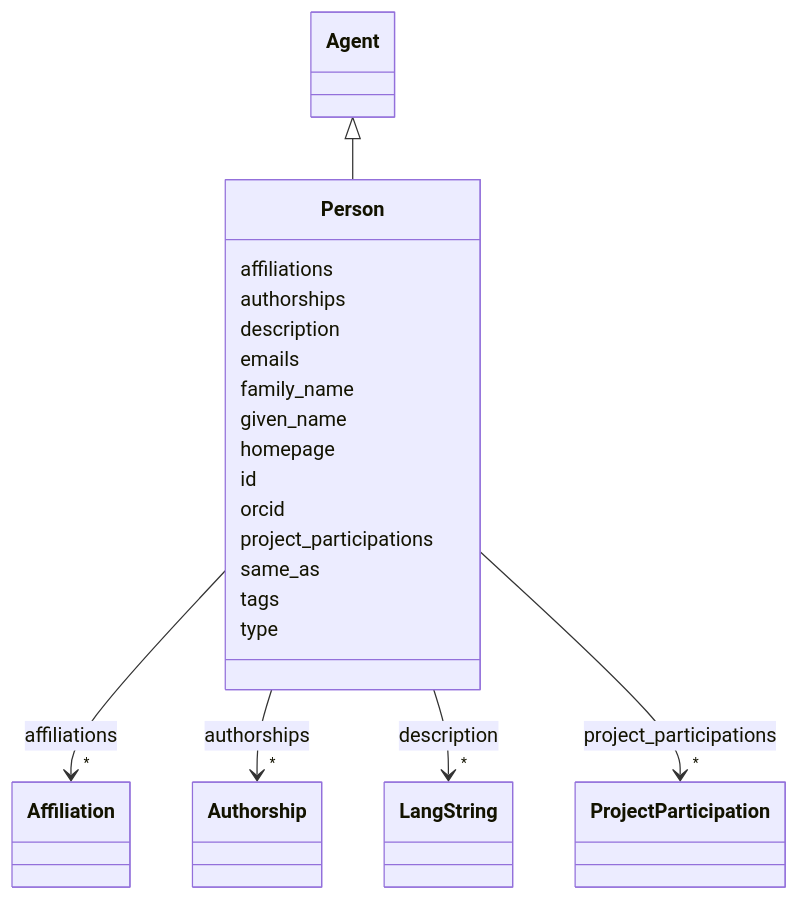
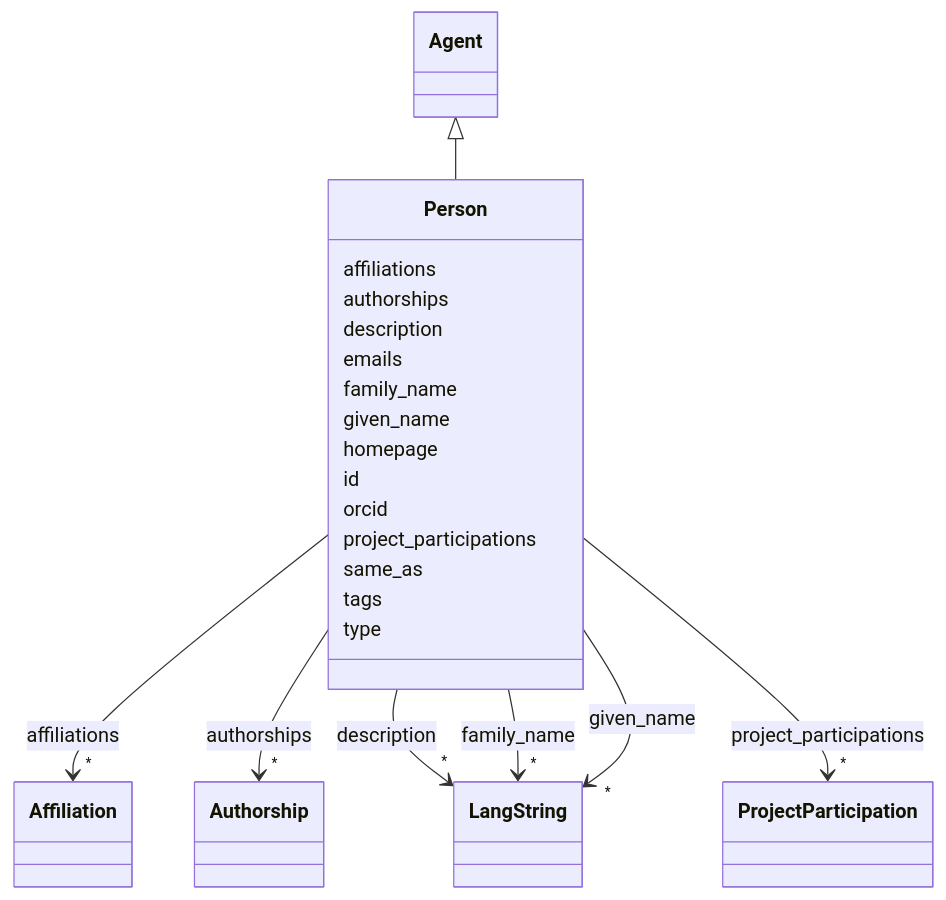
The diagram in docs/classes/Person.md (DARIAH-IL/idhi-manifests), drawn with Mermaid before and after one commit. The commit also changed other lines of this file and 20 other files, not shown here.

```diff
--- a/docs/classes/Person.md
+++ b/docs/classes/Person.md
@@ -71,7 +71,29 @@
         
       Person : family_name
         
+          
+    
+        
+        
+        Person --> "*" LangString : family_name
+        
+        click LangString href "../../classes/LangString/"
+        
+    
+
+        
       Person : given_name
+        
+          
+    
+        
+        
+        Person --> "*" LangString : given_name
+        
+        click LangString href "../../classes/LangString/"
+        
+    
+
         
       Person : homepage
         
```
